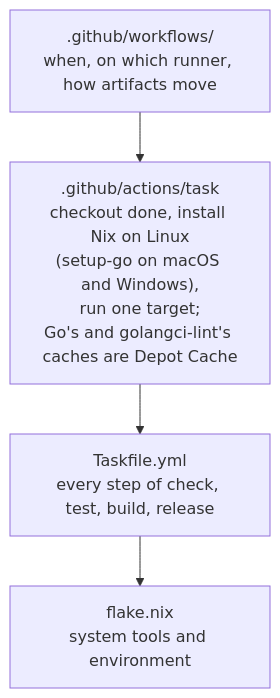
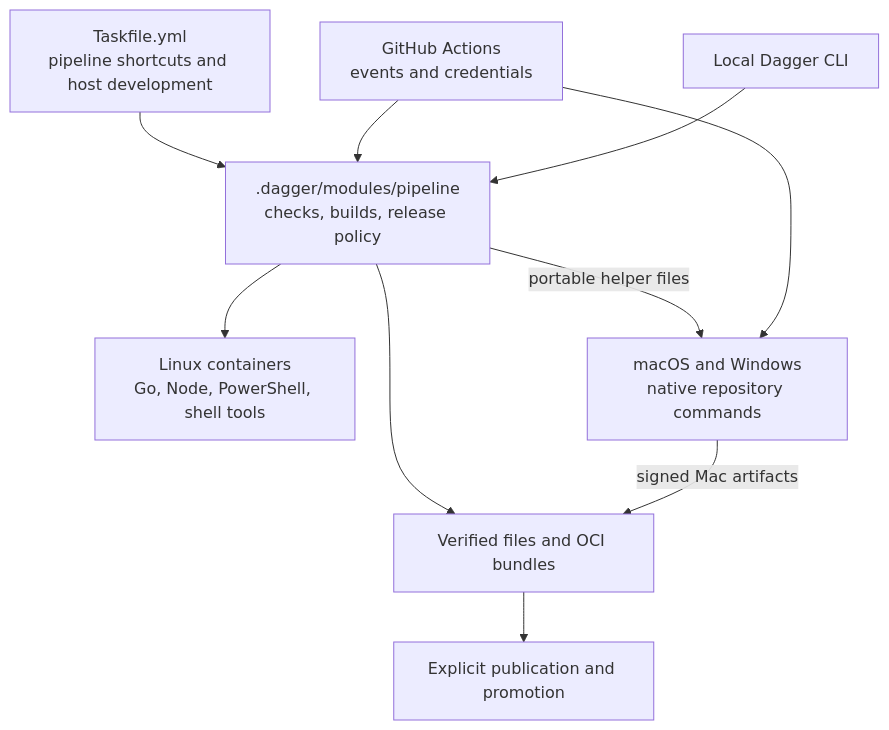
The third of 4 diagrams in DESIGN.md (discobox-ai/discobox), drawn with Mermaid before and after one commit. The commit also changed other lines of this file and 61 other files, not shown here.

First line of the commit message:
feat(ci): move portable CI and release orchestration to Dagger

````diff
--- a/DESIGN.md
+++ b/DESIGN.md
@@ -263,9 +255,12 @@
 ```mermaid
 flowchart TD
-    workflows[".github/workflows/<br/>when, on which runner, how artifacts move"]
-    action[".github/actions/task<br/>checkout done, install Nix on Linux<br/>(setup-go on macOS and Windows),<br/>run one target;<br/>Go's and golangci-lint's caches are Depot Cache"]
-    taskfile["Taskfile.yml<br/>every step of check, test, build, release"]
-    flake["flake.nix<br/>system tools and environment"]
-
-    workflows --> action --> taskfile --> flake
+    local["Local Dagger CLI"] --> pipeline[".dagger/modules/pipeline<br/>checks, builds, release policy"]
+    actions["GitHub Actions<br/>events and credentials"] --> pipeline
+    taskfile["Taskfile.yml<br/>pipeline shortcuts and host development"] --> pipeline
+    pipeline --> linux["Linux containers<br/>Go, Node, PowerShell, shell tools"]
+    actions --> native["macOS and Windows<br/>native repository commands"]
+    pipeline -->|"portable helper files"| native
+    native -->|"signed Mac artifacts"| artifacts
+    pipeline --> artifacts["Verified files and OCI bundles"]
+    artifacts --> publish["Explicit publication and promotion"]
 ```
````
